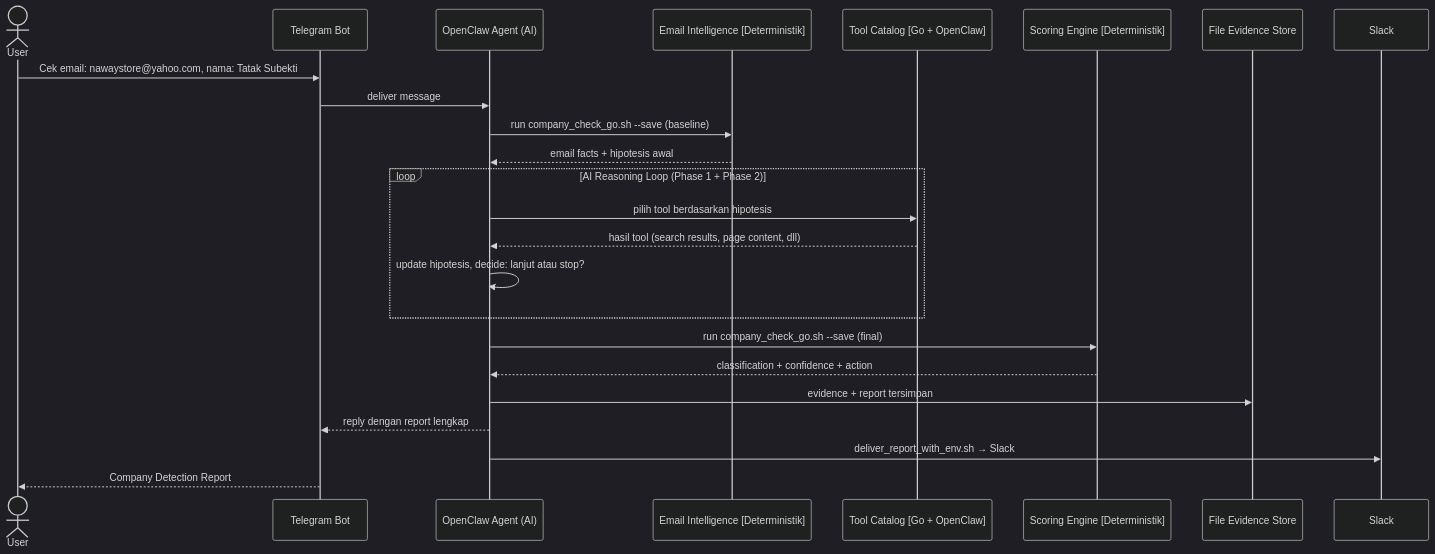
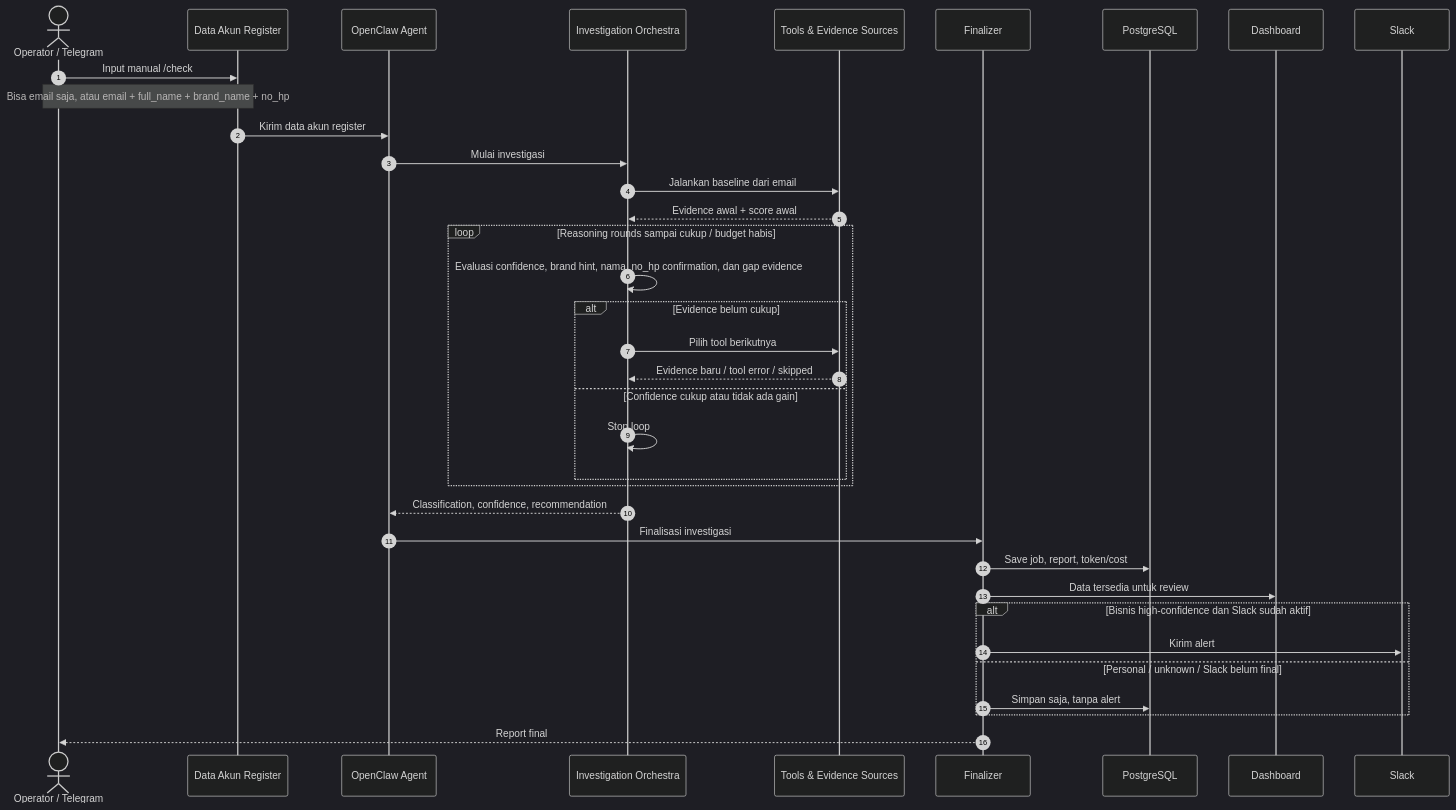
Before and after one commit to nunutech40/company-detector-bot: the diagram in docs/product/HIGH_LEVEL_BUSINESS_FLOW.md, drawn with Mermaid (dark theme). The commit also changed other lines of this file and 55 other files, not shown here.

````diff
--- a/docs/product/HIGH_LEVEL_BUSINESS_FLOW.md
+++ b/docs/product/HIGH_LEVEL_BUSINESS_FLOW.md
@@ -94,29 +29,44 @@
 ```mermaid
 sequenceDiagram
-    actor User
-    participant TG as Telegram Bot
-    participant OC as OpenClaw Agent (AI)
-    participant EI as Email Intelligence [Deterministik]
-    participant TC as Tool Catalog [Go + OpenClaw]
-    participant SC as Scoring Engine [Deterministik]
-    participant FS as File Evidence Store
-    participant SL as Slack
+  autonumber
+  actor Operator as Operator / Telegram
+  participant Account as Data Akun Register
+  participant Agent as OpenClaw Agent
+  participant Orchestra as Investigation Orchestra
+  participant Tools as Tools & Evidence Sources
+  participant Finalizer as Finalizer
+  participant DB as PostgreSQL
+  participant Dashboard as Dashboard
+  participant Slack as Slack
 
-    User->>TG: Cek email: nawaystore@yahoo.com, nama: Tatak Subekti
-    TG->>OC: deliver message
-    OC->>EI: run company_check_go.sh --save (baseline)
-    EI-->>OC: email facts + hipotesis awal
+  Operator->>Account: Input manual /check
+  Note over Operator,Account: Bisa email saja, atau email + full_name + brand_name + no_hp
+  Account->>Agent: Kirim data akun register
+  Agent->>Orchestra: Mulai investigasi
 
-    loop AI Reasoning Loop (Phase 1 + Phase 2)
-        OC->>TC: pilih tool berdasarkan hipotesis
-        TC-->>OC: hasil tool (search results, page content, dll)
-        OC->>OC: update hipotesis, decide: lanjut atau stop?
+  Orchestra->>Tools: Jalankan baseline dari email
+  Tools-->>Orchestra: Evidence awal + score awal
+
+  loop Reasoning rounds sampai cukup / budget habis
+    Orchestra->>Orchestra: Evaluasi confidence, brand hint, nama, no_hp confirmation, dan gap evidence
+    alt Evidence belum cukup
+      Orchestra->>Tools: Pilih tool berikutnya
+      Tools-->>Orchestra: Evidence baru / tool error / skipped
+    else Confidence cukup atau tidak ada gain
+      Orchestra->>Orchestra: Stop loop
     end
+  end
 
-    OC->>SC: run company_check_go.sh --save (final)
-    SC-->>OC: classification + confidence + action
-    OC->>FS: evidence + report tersimpan
-    OC-->>TG: reply dengan report lengkap
-    OC->>SL: deliver_report_with_env.sh → Slack
-    TG-->>User: Company Detection Report
+  Orchestra-->>Agent: Classification, confidence, recommendation
+  Agent->>Finalizer: Finalisasi investigasi
+  Finalizer->>DB: Save job, report, token/cost
+  Finalizer->>Dashboard: Data tersedia untuk review
+
+  alt Bisnis high-confidence dan Slack sudah aktif
+    Finalizer->>Slack: Kirim alert
+  else Personal / unknown / Slack belum final
+    Finalizer->>DB: Simpan saja, tanpa alert
+  end
+
+  Finalizer-->>Operator: Report final
 ```
````
